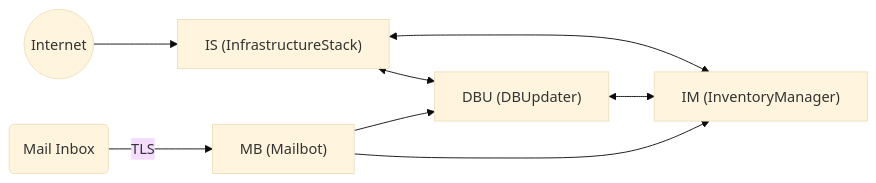
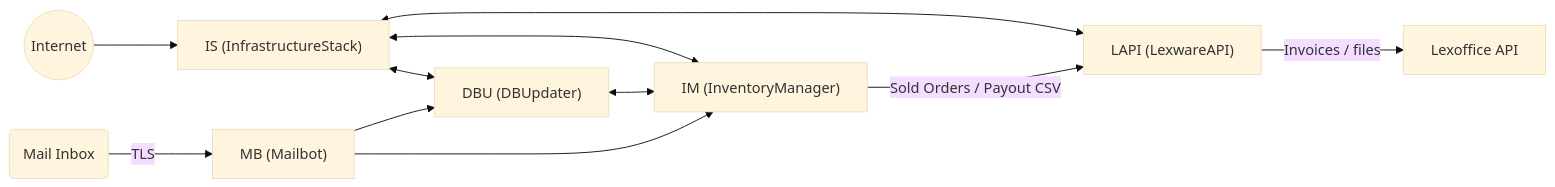
One commit to MKRO-JWL/pjs-ecosystem-docs changed the first of 8 diagrams in SOFTWARE_ECOSYSTEM.md. Above: the diagram before and after it, drawn with Mermaid (base theme). The commit also changed other lines of this file, not shown here.

Commit message:
Sync from MKRO-JWL/LexwareAPI

````diff
--- a/SOFTWARE_ECOSYSTEM.md
+++ b/SOFTWARE_ECOSYSTEM.md
@@ -16,11 +16,14 @@
 ```mermaid
 flowchart LR
 
     IS["IS (InfrastructureStack)"] <-->  DBU["DBU (DBUpdater)"]
     IS <-->  IM["IM (InventoryManager)"]
+    IS <--> LAPI["LAPI (LexwareAPI)"]
     DBU <-->  IM
     Internet(("Internet")) -->  IS
     MB["MB (Mailbot)"] -->  DBU
     Inbox(Mail Inbox) --> |TLS| MB
     MB -->  IM
+    IM --> |Sold Orders / Payout CSV| LAPI
+    LAPI --> |Invoices / files| Lexoffice["Lexoffice API"]
 ```
````
